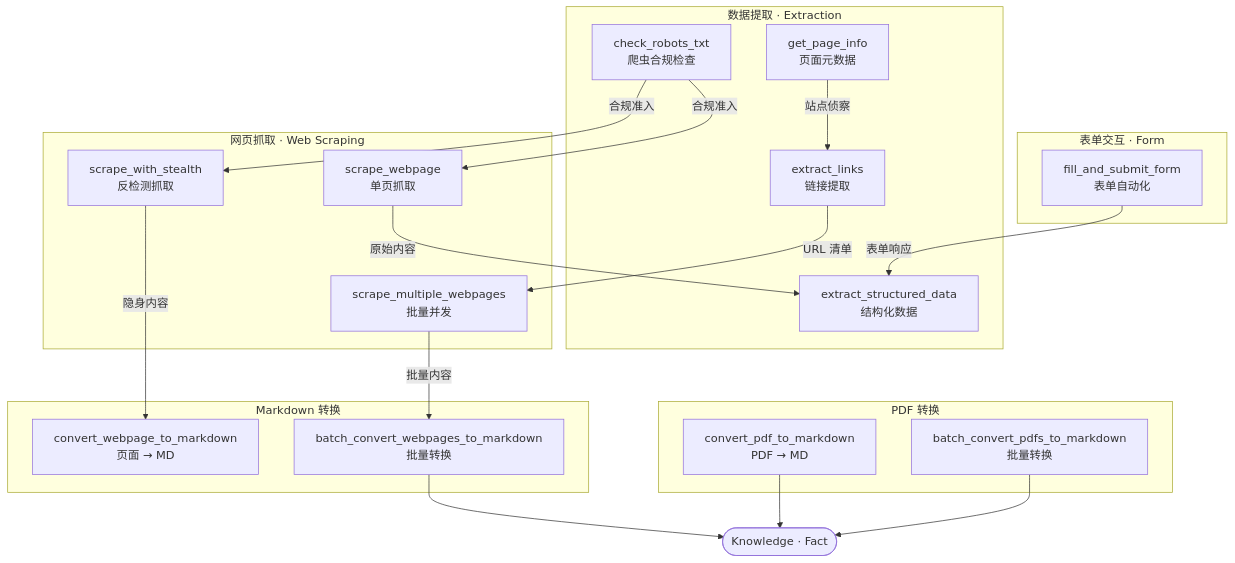
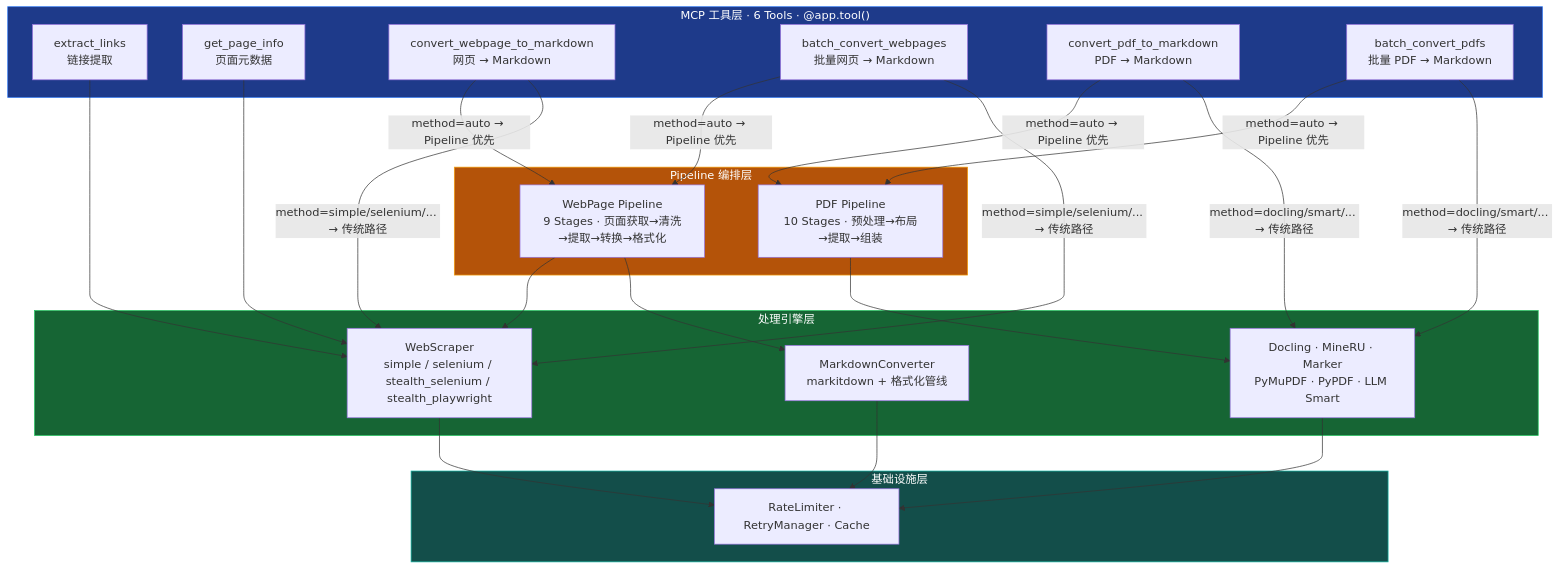
Before and after one commit to ThreeFish-AI/negentropy-perceives: the diagram in README.md, drawn with Mermaid. The commit also changed other lines of this file, not shown here.

````diff
--- a/README.md
+++ b/README.md
@@ -169,46 +163,40 @@
 ```mermaid
 graph TD
-    %% ─── 数据提取层 ───
-    subgraph EXTRACT["数据提取 · Extraction"]
-        T7["check_robots_txt<br/>爬虫合规检查"]
-        T5["get_page_info<br/>页面元数据"]
-        T4["extract_links<br/>链接提取"]
-        T6["extract_structured_data<br/>结构化数据"]
+    subgraph TOOLS["MCP 工具层 · 6 Tools · @app.tool()"]
+        T1["extract_links<br/>链接提取"]
+        T2["get_page_info<br/>页面元数据"]
+        T3["convert_webpage_to_markdown<br/>网页 → Markdown"]
+        T4["batch_convert_webpages<br/>批量网页 → Markdown"]
+        T5["convert_pdf_to_markdown<br/>PDF → Markdown"]
+        T6["batch_convert_pdfs<br/>批量 PDF → Markdown"]
     end
 
-    subgraph SCRAPE["网页抓取 · Web Scraping"]
-        T1["scrape_webpage<br/>单页抓取"]
-        T2["scrape_multiple_webpages<br/>批量并发"]
-        T3["scrape_with_stealth<br/>反检测抓取"]
+    subgraph PIPELINE["Pipeline 编排层"]
+        PW["WebPage Pipeline<br/>9 Stages · 页面获取→清洗→提取→转换→格式化"]
+        PP["PDF Pipeline<br/>10 Stages · 预处理→布局→提取→组装"]
     end
 
-    subgraph FORM["表单交互 · Form"]
-        T8["fill_and_submit_form<br/>表单自动化"]
+    subgraph ENGINES["处理引擎层"]
+        E1["WebScraper<br/>simple / selenium / stealth_selenium / stealth_playwright"]
+        E2["Docling · MineRU · Marker<br/>PyMuPDF · PyPDF · LLM Smart"]
+        E3["MarkdownConverter<br/>markitdown + 格式化管线"]
     end
 
-    %% ─── 内容转换层 ───
-    subgraph MD["Markdown 转换"]
-        T9["convert_webpage_to_markdown<br/>页面 → MD"]
-        T10["batch_convert_webpages_to_markdown<br/>批量转换"]
+    subgraph INFRA["基础设施层"]
+        I1["RateLimiter · RetryManager · Cache"]
     end
 
-    subgraph PDF["PDF 转换"]
-        T11["convert_pdf_to_markdown<br/>PDF → MD"]
-        T12["batch_convert_pdfs_to_markdown<br/>批量转换"]
-    end
+    T3 & T4 -->|"method=auto → Pipeline 优先"| PW
+    T3 & T4 -->|"method=simple/selenium/... → 传统路径"| E1
+    T5 & T6 -->|"method=auto → Pipeline 优先"| PP
+    T5 & T6 -->|"method=docling/smart/... → 传统路径"| E2
+    T1 & T2 --> E1
+    PW --> E1 & E3
+    PP --> E2
+    E1 & E2 & E3 --> I1
 
-    %% ─── 生产协同链路 ───
-    T7 -->|"合规准入"| T1
-    T7 -->|"合规准入"| T3
-    T5 -->|"站点侦察"| T4
-    T4 -->|"URL 清单"| T2
-    T1 -->|"原始内容"| T6
-    T3 -->|"隐身内容"| T9
-    T2 -->|"批量内容"| T10
-    T8 -->|"表单响应"| T6
-
-    %% ─── 知识汇聚 ───
-    T10 --> KB(["Knowledge · Fact"])
-    T11 --> KB
-    T12 --> KB
+    style TOOLS fill:#1e3a8a,stroke:#3b82f6,color:#ffffff
+    style PIPELINE fill:#b45309,stroke:#f59e0b,color:#ffffff
+    style ENGINES fill:#166534,stroke:#22c55e,color:#ffffff
+    style INFRA fill:#134e4a,stroke:#14b8a6,color:#ffffff
 ```
````
